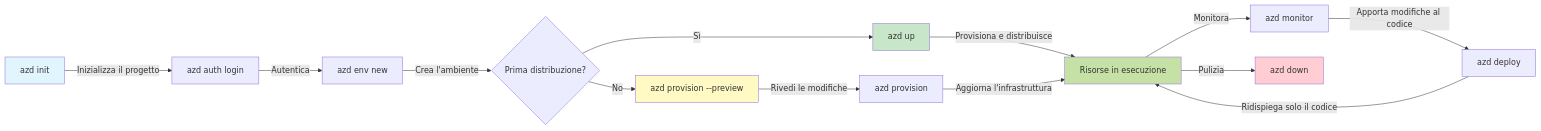
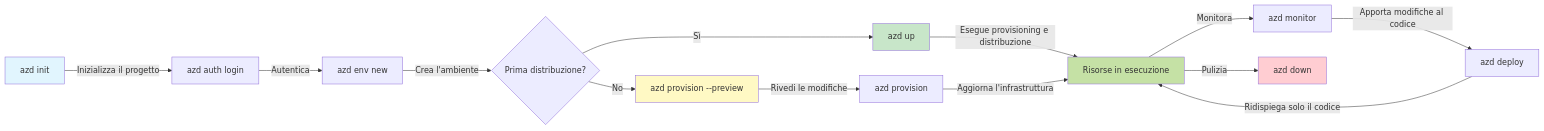
One commit to microsoft/AZD-for-beginners changed the first of 2 diagrams in translations/it/docs/chapter-01-foundation/azd-basics.md. Above: the diagram before and after it, drawn with Mermaid. The commit also changed other lines of this file and 104 other files, not shown here.

````diff
--- a/translations/it/docs/chapter-01-foundation/azd-basics.md
+++ b/translations/it/docs/chapter-01-foundation/azd-basics.md
@@ -269,21 +269,21 @@
 ```mermaid
 graph LR
     A[azd init] -->|Inizializza il progetto| B[azd auth login]
     B -->|Autentica| C[azd env new]
     C -->|Crea l'ambiente| D{Prima distribuzione?}
     D -->|Sì| E[azd up]
     D -->|No| F[azd provision --preview]
     F -->|Rivedi le modifiche| G[azd provision]
-    E -->|Provisiona e distribuisce| H[Risorse in esecuzione]
+    E -->|Esegue provisioning e distribuzione| H[Risorse in esecuzione]
     G -->|Aggiorna l'infrastruttura| H
     H -->|Monitora| I[azd monitor]
     I -->|Apporta modifiche al codice| J[azd deploy]
     J -->|Ridispiega solo il codice| H
     H -->|Pulizia| K[azd down]
     
     style A fill:#e1f5fe
     style E fill:#c8e6c9
     style F fill:#fff9c4
     style H fill:#c5e1a5
     style K fill:#ffcdd2
 ```
````
